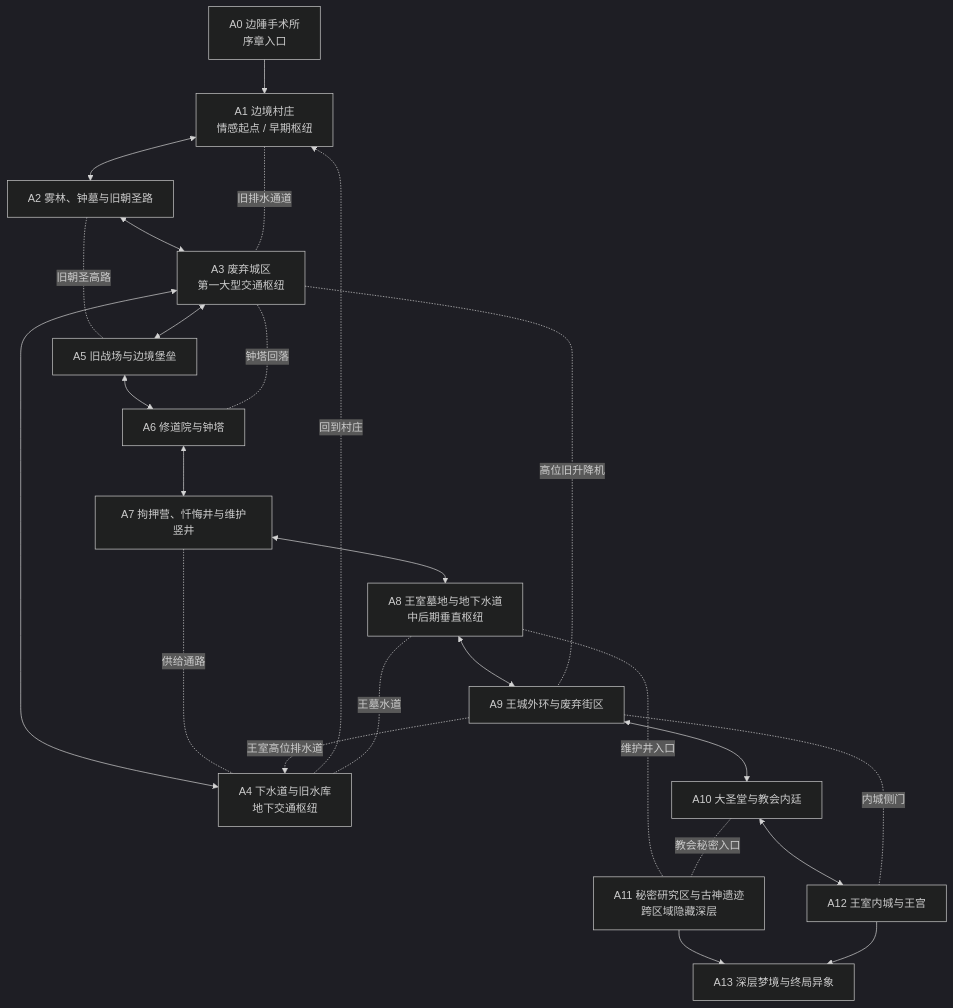
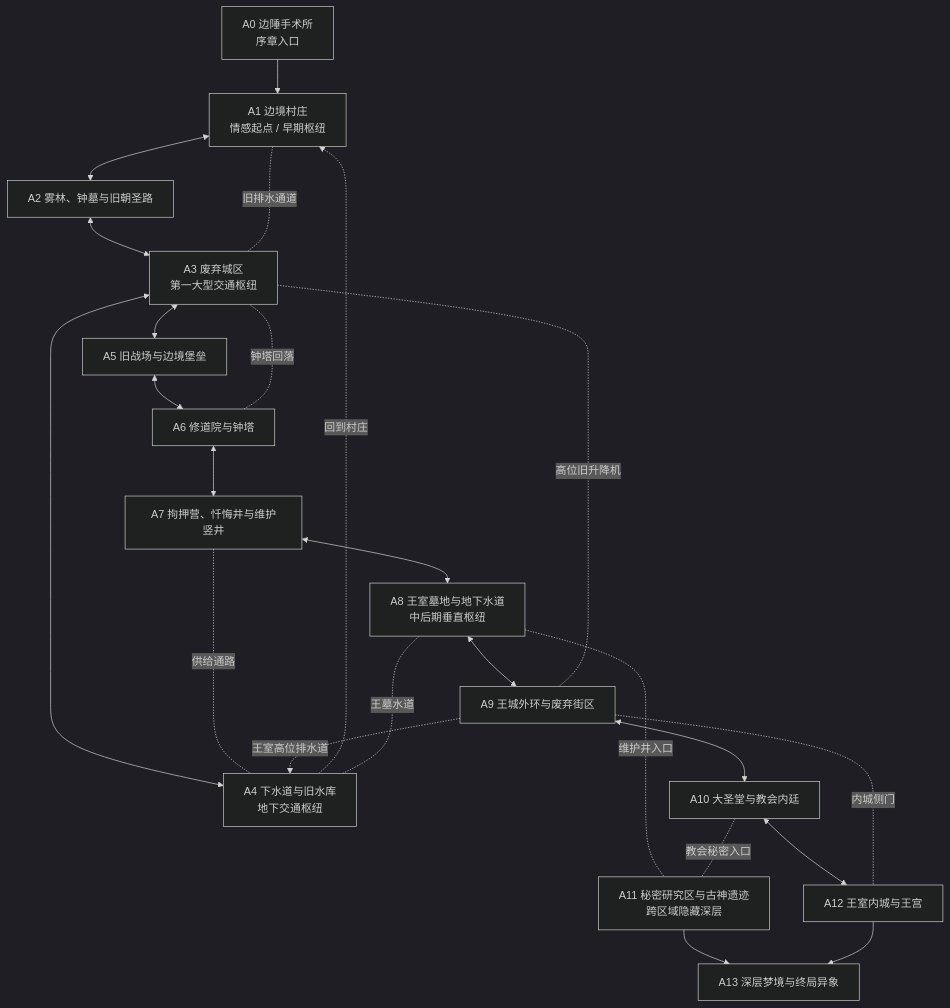
Before and after one commit to aspros-luo/Nereis-Hero: the diagram in docs/WORLD_MAP_BRAINMAP_CN.md, drawn with Mermaid (dark theme). The commit also changed other lines of this file, not shown here.

````diff
--- a/docs/WORLD_MAP_BRAINMAP_CN.md
+++ b/docs/WORLD_MAP_BRAINMAP_CN.md
@@ -17,44 +17,43 @@
 ```mermaid
 flowchart TB
     A0["A0 边陲手术所<br/>序章入口"]
     A1["A1 边境村庄<br/>情感起点 / 早期枢纽"]
     A2["A2 雾林、钟墓与旧朝圣路"]
     A5["A5 旧战场与边境堡垒"]
     A3["A3 废弃城区<br/>第一大型交通枢纽"]
     A4["A4 下水道与旧水库<br/>地下交通枢纽"]
     A6["A6 修道院与钟塔"]
     A7["A7 拘押营、忏悔井与维护竖井"]
     A8["A8 王室墓地与地下水道<br/>中后期垂直枢纽"]
     A9["A9 王城外环与废弃街区"]
     A10["A10 大圣堂与教会内廷"]
     A12["A12 王室内城与王宫"]
     A11["A11 秘密研究区与古神遗迹<br/>跨区域隐藏深层"]
     A13["A13 深层梦境与终局异象"]
 
     A0 --> A1
     A1 <--> A2
     A2 <--> A3
-    A2 -. "旧朝圣高路" .- A5
     A3 <--> A5
     A5 <--> A6
     A6 <--> A7
     A7 <--> A8
     A8 <--> A9
     A9 <--> A10
     A10 <--> A12
 
     A3 <--> A4
     A4 -. "回到村庄" .-> A1
     A4 -. "王墓水道" .- A8
     A7 -. "供给通路" .- A4
     A6 -. "钟塔回落" .- A3
     A3 -. "高位旧升降机" .- A9
     A9 -. "王室高位排水道" .-> A4
     A9 -. "内城侧门" .- A12
     A1 -. "旧排水通道" .- A3
 
     A8 -. "维护井入口" .- A11
     A10 -. "教会秘密入口" .- A11
     A11 --> A13
     A12 --> A13
 ```
````
